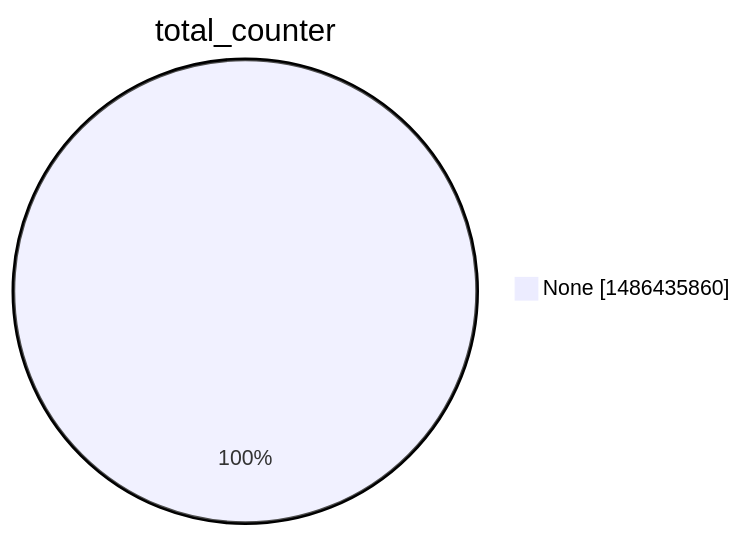
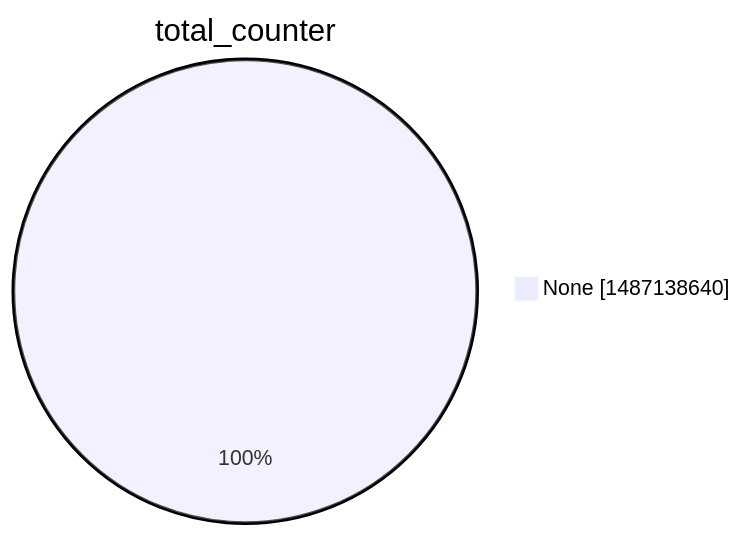
The second of 15 diagrams in argon2022/README.md (christiankrug/ctmonitor_visualization), drawn with Mermaid before and after one commit. The commit also changed other lines of this file, not shown here.

````diff
--- a/argon2022/README.md
+++ b/argon2022/README.md
@@ -9,5 +9,5 @@
 ```mermaid
 pie showData
 title total_counter
-"None" :1486435860
+"None" :1487138640
 ```
````
